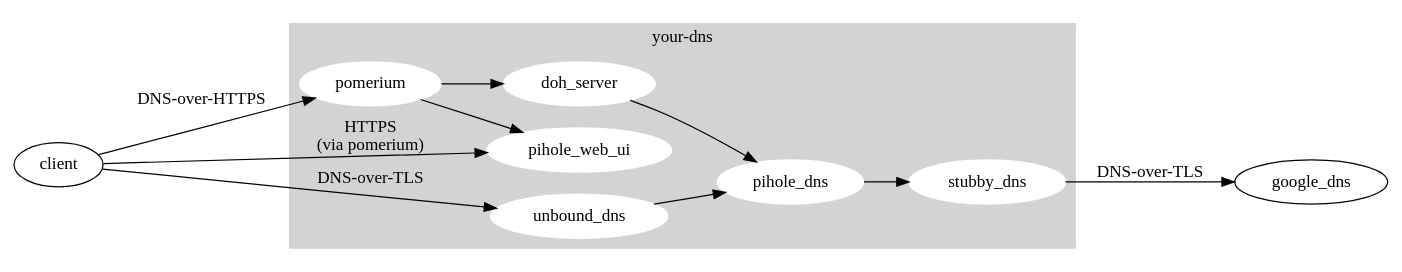
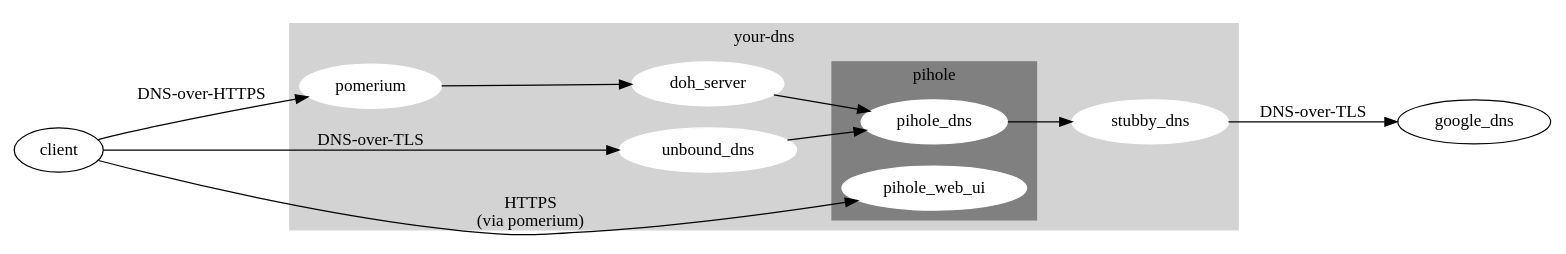
One commit to yegle/your-dns changed the diagram in graph.dot. Above: the diagram before and after it, drawn with Graphviz.

Commit message:
Update graph.

```diff
--- a/graph.dot
+++ b/graph.dot
@@ -1,17 +1,23 @@
 digraph G {
   rankdir=LR;
   subgraph cluster_0 {
     style=filled;
     color=lightgrey;
     node [style=filled,color=white];
     pomerium -> doh_server -> pihole_dns;
-    pomerium -> pihole_web_ui;
     unbound_dns -> pihole_dns
     pihole_dns -> stubby_dns;
     label = "your-dns";
+    subgraph cluster_1 {
+        style=filled;
+        color=grey;
+        label="pihole"
+        pihole_dns;
+        pihole_web_ui;
+    }
   }
   client -> pomerium [label="DNS-over-HTTPS"];
   client -> pihole_web_ui [label="HTTPS\n(via pomerium)"];
   client -> unbound_dns [label="DNS-over-TLS"];
   stubby_dns -> google_dns [label="DNS-over-TLS"];
 }
```
